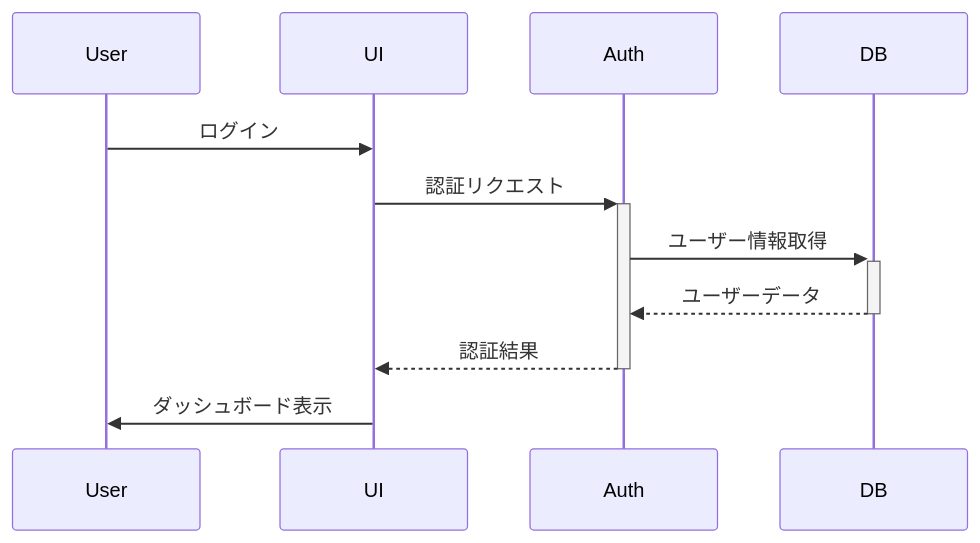
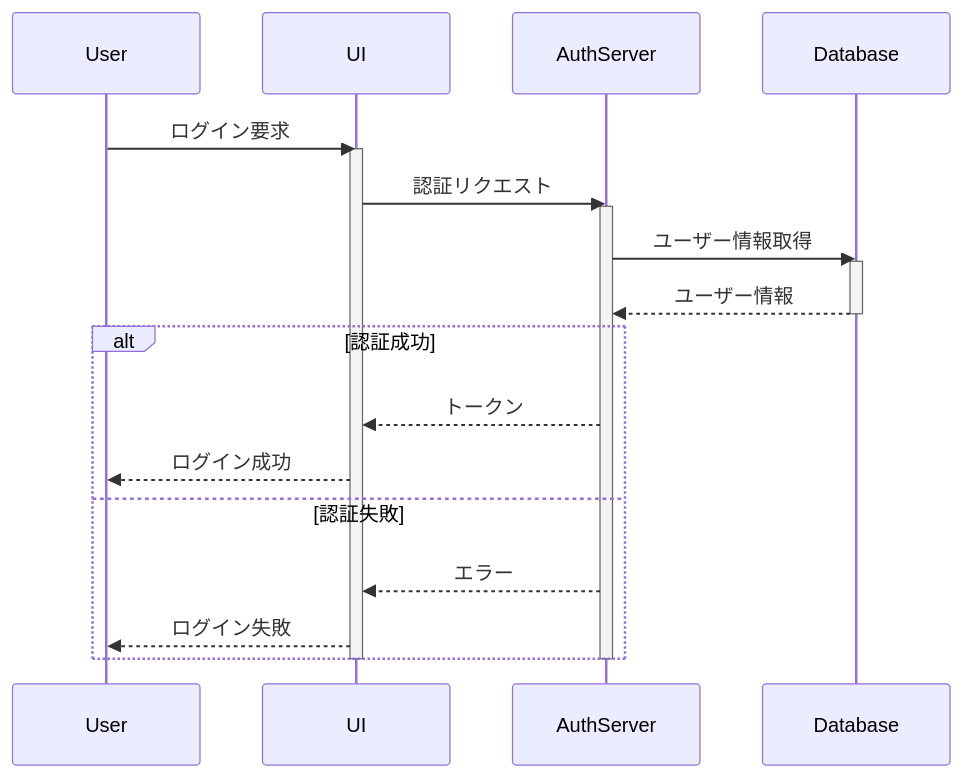
One commit to SuperPyonchiX/MermaidConverter changed the diagram in examples/login_diagram.mmd. Above: the diagram before and after it, drawn with Mermaid. The commit also changed 1965 other files, not shown here.

````diff
--- a/examples/login_diagram.mmd
+++ b/examples/login_diagram.mmd
@@ -1,14 +1,26 @@
-```mermaid
 sequenceDiagram
     participant User
     participant UI
-    participant Auth
-    participant DB
+    participant AuthServer
+    participant Database
     
-    User->>UI: ログイン
-    UI->>+Auth: 認証リクエスト
-    Auth->>+DB: ユーザー情報取得
-    DB-->>-Auth: ユーザーデータ
-    Auth-->>-UI: 認証結果
-    UI->>User: ダッシュボード表示
-```
+    User->>UI: ログイン要求
+    activate UI
+    UI->>AuthServer: 認証リクエスト
+    activate AuthServer
+    
+    AuthServer->>Database: ユーザー情報取得
+    activate Database
+    Database-->>AuthServer: ユーザー情報
+    deactivate Database
+    
+    alt 認証成功
+        AuthServer-->>UI: トークン
+        UI-->>User: ログイン成功
+    else 認証失敗
+        AuthServer-->>UI: エラー
+        UI-->>User: ログイン失敗
+    end
+    
+    deactivate AuthServer
+    deactivate UI
````
